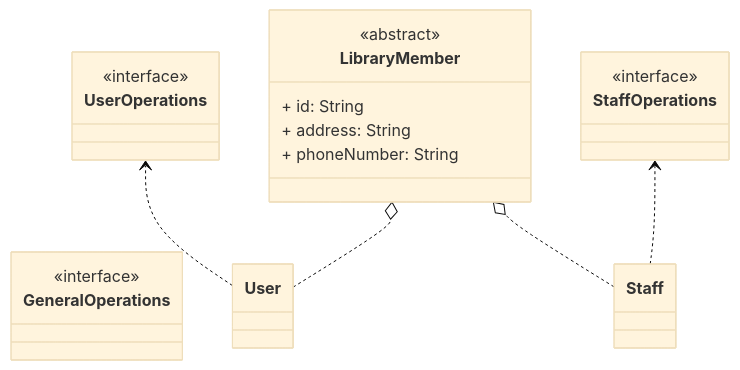
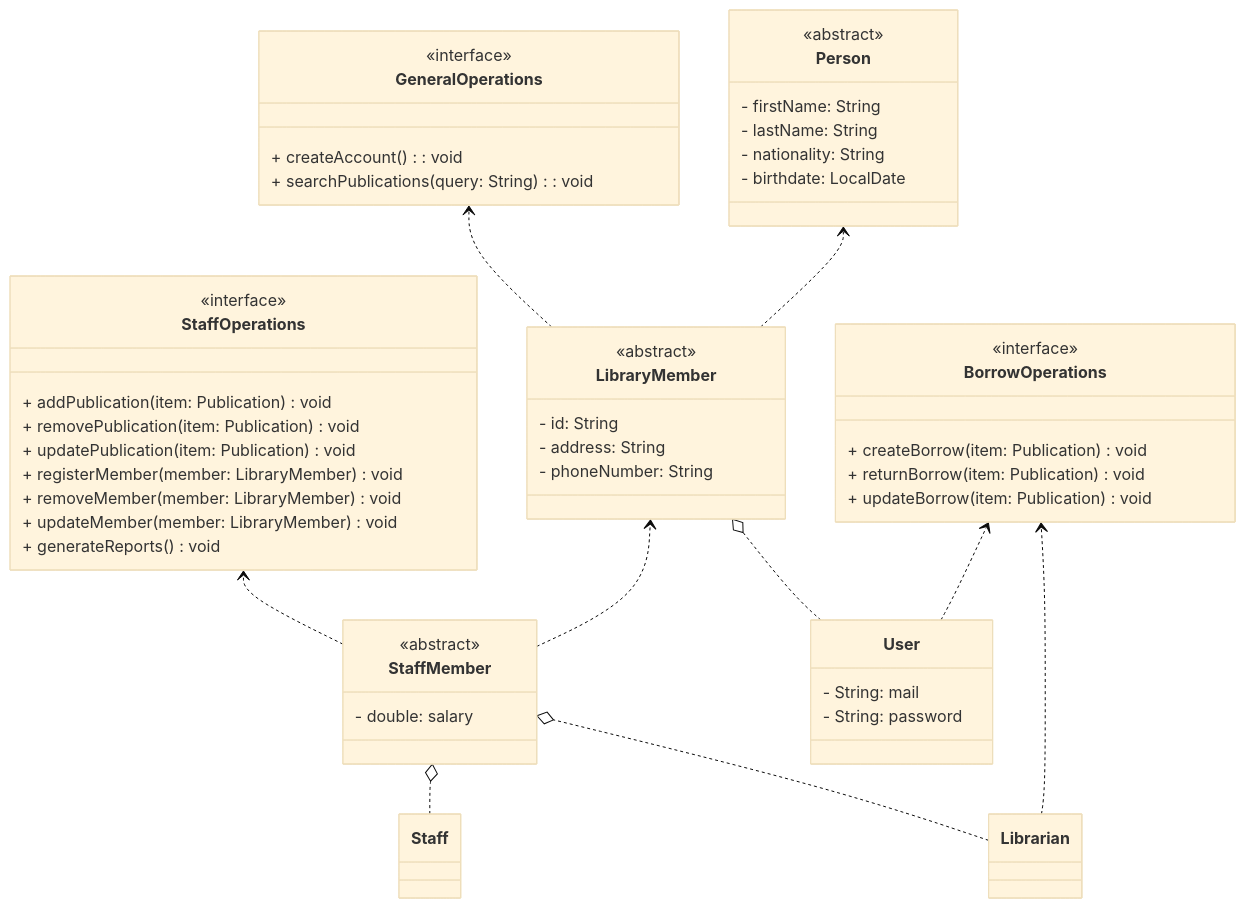
The second of 2 diagrams in docs/quarto-examples/java-exercises/Labs/java-se03-2.qmd (ProtossGP32/CIFO-Web-Applications), drawn with Mermaid (base theme) before and after one commit. The commit also changed other lines of this file and 28 other files, not shown here.

Commit message:
NEW: Java SE03-02, interfaces and abstract classes approach - First version of publications interface and some classes that implement it - First version of inherited classes and interfaces for library members - Test not implemented, but code coverage is > 90%

````diff
--- a/docs/quarto-examples/java-exercises/Labs/java-se03-2.qmd
+++ b/docs/quarto-examples/java-exercises/Labs/java-se03-2.qmd
@@ -126,33 +168,80 @@
 ```{mermaid}
 classDiagram
     direction BT
+
+    %% Relationships
+    LibraryMember ..> GeneralOperations
+    LibraryMember ..> Person
+
+    Staff ..o StaffMember
+    StaffMember ..> StaffOperations
+    StaffMember ..> LibraryMember
+
+    User ..o LibraryMember
+    User ..> BorrowOperations
+    
+    Librarian ..o StaffMember
+    Librarian ..> BorrowOperations
+
+
+
     %% Interfaces
     class GeneralOperations {
+        <<interface>>
+        + createAccount(): void
+        + searchPublications(query: String): void
     }
-    <<interface>> GeneralOperations
 
-    class UserOperations {
+    class BorrowOperations {
+        <<interface>>
+        + createBorrow(item: Publication) void
+        + returnBorrow(item: Publication) void
+        + updateBorrow(item: Publication) void
+
     }
-    <<interface>> UserOperations
+
     class StaffOperations {
+        <<interface>>
+        + addPublication(item: Publication) void
+        + removePublication(item: Publication) void
+        + updatePublication(item: Publication) void
+        + registerMember(member: LibraryMember) void
+        + removeMember(member: LibraryMember) void
+        + updateMember(member: LibraryMember) void
+        + generateReports() void
     }
-    <<interface>> StaffOperations
-
-    %% Interfaces relationships
-
-    User ..> UserOperations
-    Staff ..> StaffOperations
 
     %% Abstract class
+    class Person {
+        <<abstract>>
+        - firstName: String
+        - lastName: String
+        - nationality: String
+        - birthdate: LocalDate
+    }
+
     class LibraryMember {
-        + id: String
-        + address: String
-        + phoneNumber: String
+        <<abstract>>
+        - id: String
+        - address: String
+        - phoneNumber: String
     }
-    <<abstract>> LibraryMember
 
-    %% LibraryMember Entity classes
-    User ..o LibraryMember
-    Staff ..o LibraryMember
+    class StaffMember {
+        <<abstract>>
+        - double: salary
+    }
+
+    %% Entities
+    class User {
+        - String: mail
+        - String: password
+    }
+
+    class Staff {
+    }
+
+    class Librarian {
+    }
 
 ```
````
